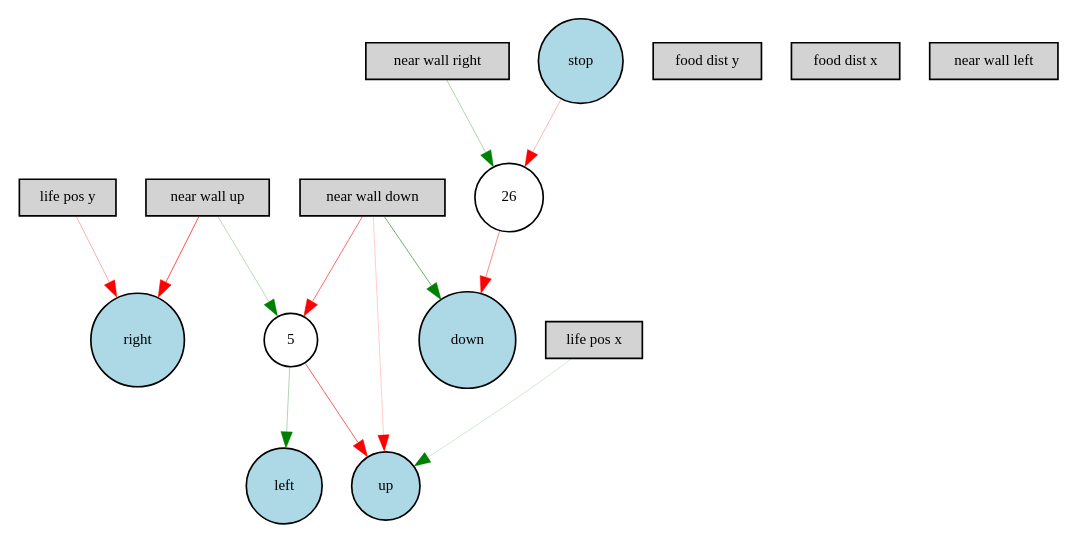
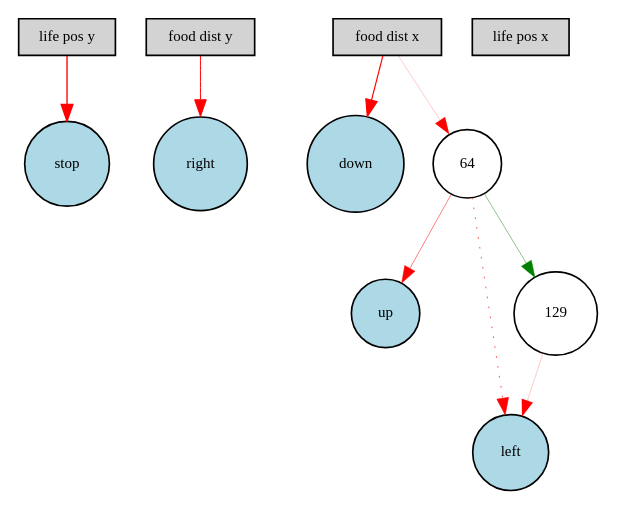
Before and after one commit to Elphiie/NEAT-practice: the diagram in Digraph.gv, drawn with Graphviz. The commit also changed 10 other files, not shown here.

```diff
--- a/Digraph.gv
+++ b/Digraph.gv
@@ -1,30 +1,22 @@
 digraph {
 	node [fontsize=9 height=0.3 shape=circle width=0.3]
 	"life pos y" [fillcolor=lightgray shape=box style=filled]
-	"near wall down" [fillcolor=lightgray shape=box style=filled]
 	"food dist y" [fillcolor=lightgray shape=box style=filled]
-	"near wall up" [fillcolor=lightgray shape=box style=filled]
 	"food dist x" [fillcolor=lightgray shape=box style=filled]
-	"near wall right" [fillcolor=lightgray shape=box style=filled]
 	"life pos x" [fillcolor=lightgray shape=box style=filled]
-	"near wall left" [fillcolor=lightgray shape=box style=filled]
 	stop [fillcolor=lightblue style=filled]
 	up [fillcolor=lightblue style=filled]
 	down [fillcolor=lightblue style=filled]
 	left [fillcolor=lightblue style=filled]
 	right [fillcolor=lightblue style=filled]
-	5 [fillcolor=white style=filled]
-	26 [fillcolor=white style=filled]
-	"life pos x" -> up [color=green penwidth=0.11304878907286636 style=solid]
-	"near wall up" -> right [color=red penwidth=0.4156985140919677 style=solid]
-	"near wall down" -> 5 [color=red penwidth=0.3461301724165902 style=solid]
-	26 -> down [color=red penwidth=0.2769372309861907 style=solid]
-	stop -> 26 [color=red penwidth=0.1799648421050869 style=solid]
-	"near wall up" -> 5 [color=green penwidth=0.1729634493212388 style=solid]
-	5 -> left [color=green penwidth=0.18592887874155511 style=solid]
-	"life pos y" -> right [color=red penwidth=0.19027182265527465 style=solid]
-	5 -> up [color=red penwidth=0.37872605059064346 style=solid]
-	"near wall right" -> 26 [color=green penwidth=0.19971886839681885 style=solid]
-	"near wall down" -> down [color=green penwidth=0.3470753928147464 style=solid]
-	"near wall down" -> up [color=red penwidth=0.11659658437629518 style=solid]
+	64 [fillcolor=white style=filled]
+	129 [fillcolor=white style=filled]
+	"food dist y" -> right [color=red penwidth=0.5866235781915143 style=solid]
+	"food dist x" -> down [color=red penwidth=0.7112515115087769 style=solid]
+	"life pos y" -> stop [color=red penwidth=0.8222880362071546 style=solid]
+	"food dist x" -> 64 [color=red penwidth=0.13259313065511022 style=solid]
+	64 -> left [color=red penwidth=0.41145823035317886 style=dotted]
+	64 -> 129 [color=green penwidth=0.26994828790086445 style=solid]
+	129 -> left [color=red penwidth=0.13095359496004616 style=solid]
+	64 -> up [color=red penwidth=0.30484328002300215 style=solid]
 }
```
